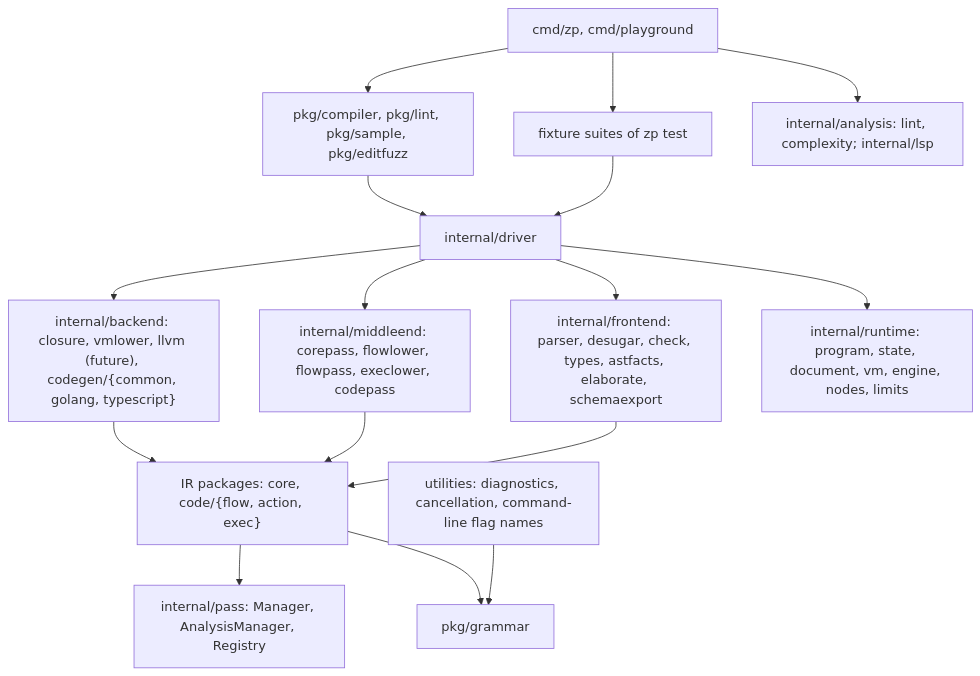
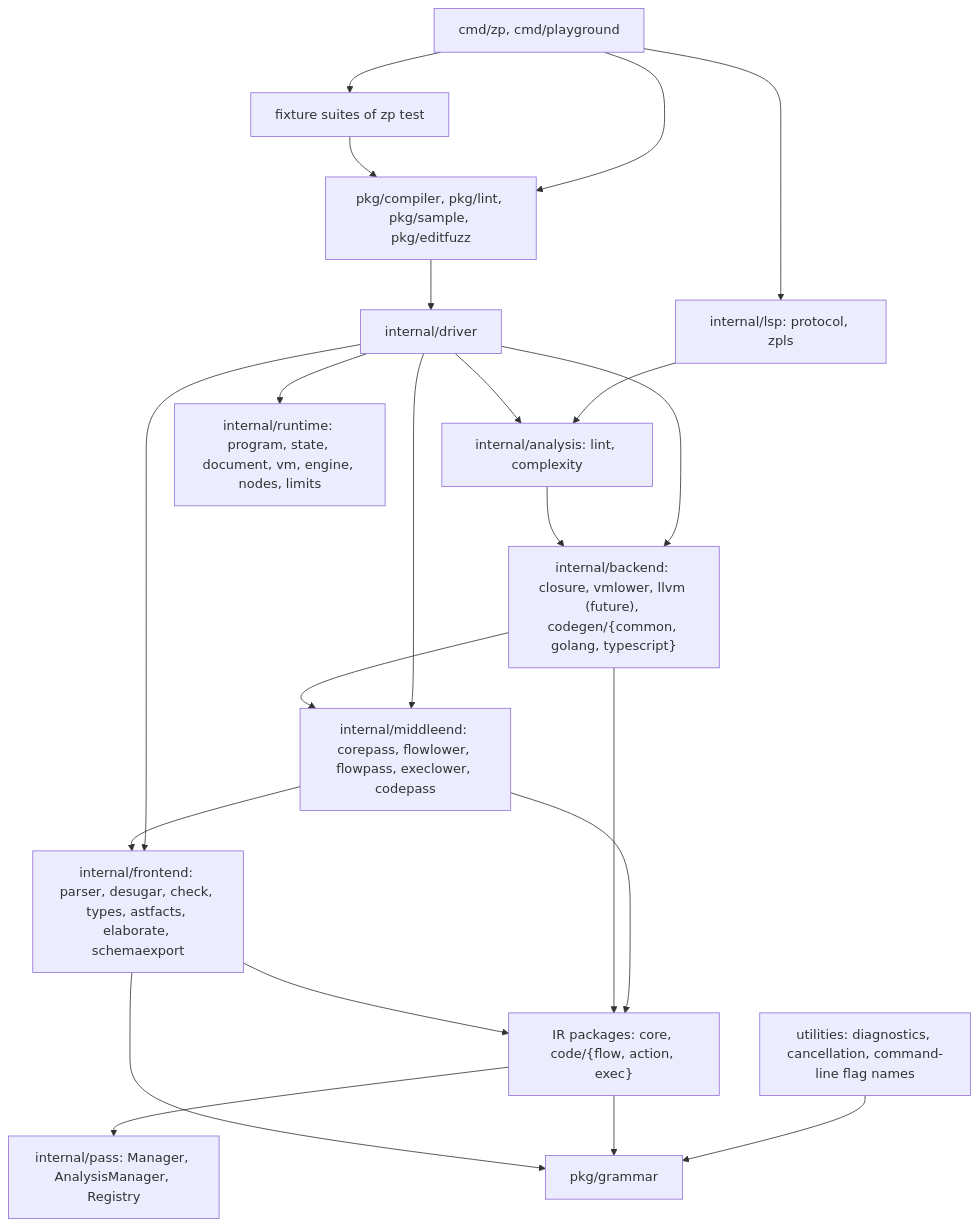
The diagram in docs/design/records/072-release-package-layout.md (syntaxir/syntaxir), drawn with Mermaid before and after one commit. The commit also changed other lines of this file and 1 other file, not shown here.

Commit message:
Correct stage details and the layer diagram of the layout docs
The architecture page named the wrong work as a prerequisite of the
backend reorganization: the trace-events stage it waits for is the
one that gives generated TypeScript observability. It also left open
who approves the landings that change the ready-made parsers, spelled
the failure-path pass differently from the design, dropped that the
front end leaves rule facts to the analyses of the Core passes, and
did not say where the builder of Core IR moves.

The layout record had no migration warning, and its diagram of the
internal tree differed from the layer graph: the fixture suite now
uses the public compiler package, the language server is separate
from the analysis tools, and the driver reaches the analysis tools.

Name the prerequisite correctly, require the maintainers' explicit
approval, use the pass name fail-merge/thread, restore the clause on
facts, move the Core IR builder to elaborate in the front-end stage,
and align the record's warning and diagram with the architecture.

Refs: #184

````diff
--- a/docs/design/records/072-release-package-layout.md
+++ b/docs/design/records/072-release-package-layout.md
@@ -142,17 +146,22 @@
 ```mermaid
 flowchart TD
   cmd["cmd/zp, cmd/playground"] --> pub["pkg/compiler, pkg/lint, pkg/sample, pkg/editfuzz"]
   pub --> driver["internal/driver"]
-  cmd --> fixture["fixture suites of zp test"] --> driver
+  cmd --> fixture["fixture suites of zp test"] --> pub
   driver --> backend["internal/backend: closure, vmlower, llvm (future), codegen/{common, golang, typescript}"]
   driver --> middle["internal/middleend: corepass, flowlower, flowpass, execlower, codepass"]
   driver --> front["internal/frontend: parser, desugar, check, types, astfacts, elaborate, schemaexport"]
   middle --> ir["IR packages: core, code/{flow, action, exec}"]
   backend --> ir
   front --> ir
   ir --> pass["internal/pass: Manager, AnalysisManager, Registry"]
   util["utilities: diagnostics, cancellation, command-line flag names"] --> gram["pkg/grammar"]
   ir --> gram
-  cmd --> analysis["internal/analysis: lint, complexity; internal/lsp"]
+  cmd --> lsp["internal/lsp: protocol, zpls"] --> analysis["internal/analysis: lint, complexity"]
+  driver --> analysis
+  analysis --> backend
+  backend --> middle
+  middle --> front
+  front --> gram
   driver --> rt["internal/runtime: program, state, document, vm, engine, nodes, limits"]
 ```
````
